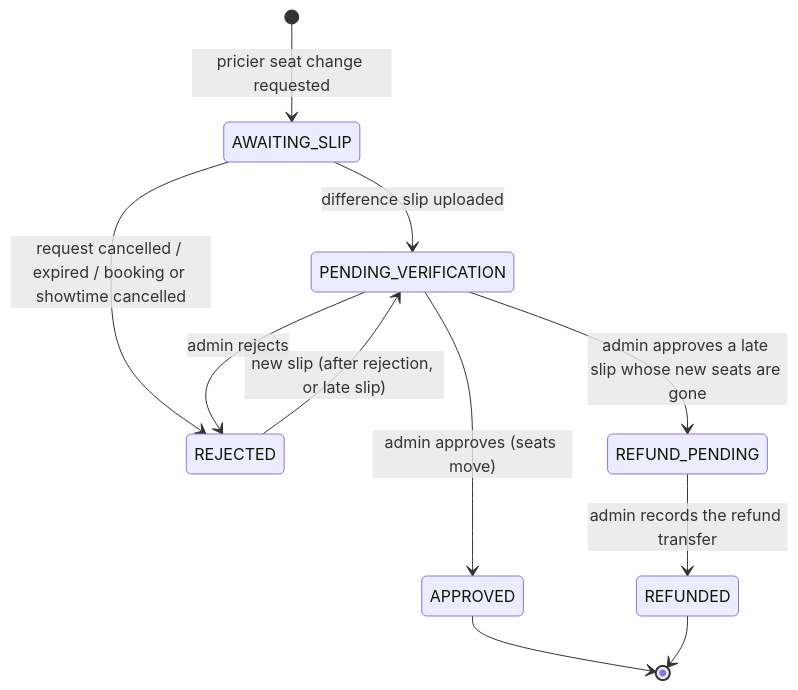
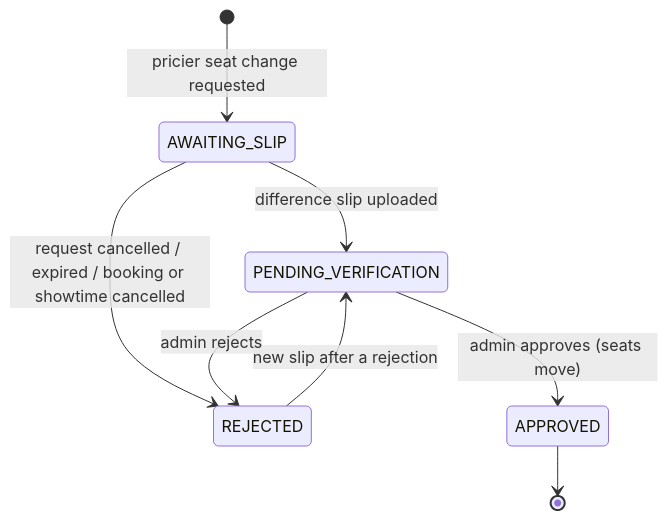
The third of 6 diagrams in docs/state-machines.md (asdzxcvbn1509a/Sphere-Cineplex), drawn with Mermaid before and after one commit. The commit also changed other lines of this file and 101 other files, not shown here.

````diff
--- a/docs/state-machines.md
+++ b/docs/state-machines.md
@@ -80,13 +77,10 @@
 ```mermaid
 stateDiagram-v2
     [*] --> AWAITING_SLIP: pricier seat change requested
     AWAITING_SLIP --> PENDING_VERIFICATION: difference slip uploaded
     AWAITING_SLIP --> REJECTED: request cancelled / expired / booking or showtime cancelled
-    REJECTED --> PENDING_VERIFICATION: new slip (after rejection, or late slip)
+    REJECTED --> PENDING_VERIFICATION: new slip after a rejection
     PENDING_VERIFICATION --> APPROVED: admin approves (seats move)
     PENDING_VERIFICATION --> REJECTED: admin rejects
-    PENDING_VERIFICATION --> REFUND_PENDING: admin approves a late slip whose new seats are gone
-    REFUND_PENDING --> REFUNDED: admin records the refund transfer
     APPROVED --> [*]
-    REFUNDED --> [*]
 ```
````
